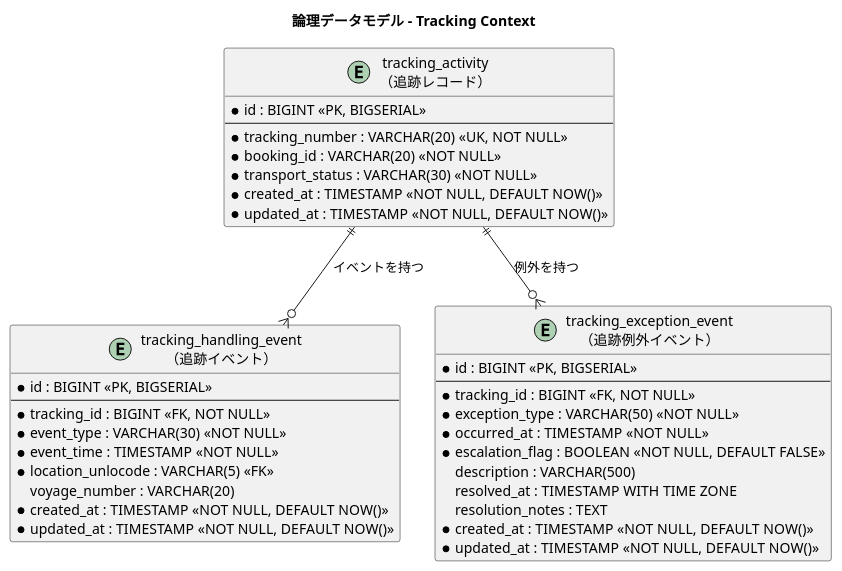
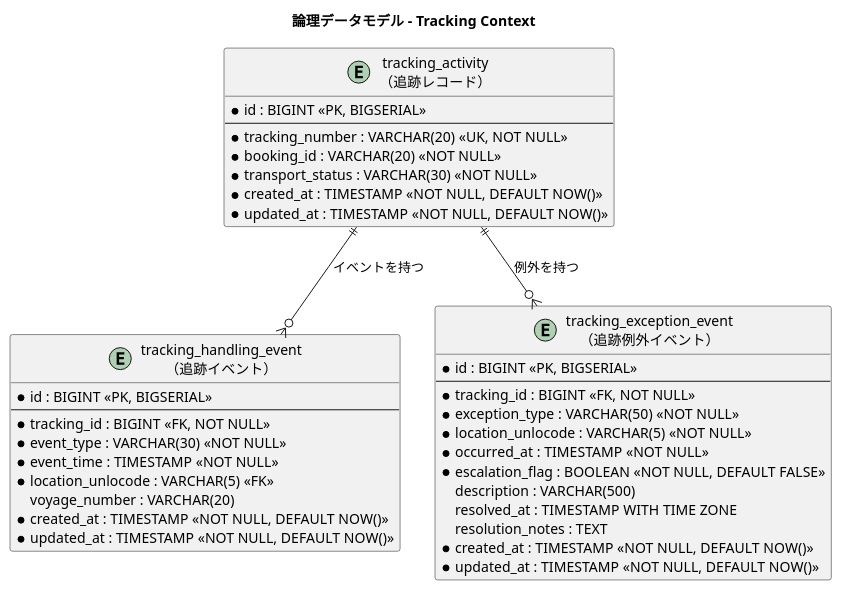
One commit to k2works/case-study-cargo-tracker changed the fifth of 9 diagrams in docs/design/data-model.md. Above: the diagram before and after it, drawn with PlantUML. The commit also changed other lines of this file and 6 other files, not shown here.

````diff
--- a/docs/design/data-model.md
+++ b/docs/design/data-model.md
@@ -445,45 +446,46 @@
 ```plantuml
 @startuml
 title 論理データモデル - Tracking Context
 
 entity "tracking_activity\n（追跡レコード）" as tracking_activity {
   * id : BIGINT <<PK, BIGSERIAL>>
   --
   * tracking_number : VARCHAR(20) <<UK, NOT NULL>>
   * booking_id : VARCHAR(20) <<NOT NULL>>
   * transport_status : VARCHAR(30) <<NOT NULL>>
   * created_at : TIMESTAMP <<NOT NULL, DEFAULT NOW()>>
   * updated_at : TIMESTAMP <<NOT NULL, DEFAULT NOW()>>
 }
 
 entity "tracking_handling_event\n（追跡イベント）" as tracking_handling_event {
   * id : BIGINT <<PK, BIGSERIAL>>
   --
   * tracking_id : BIGINT <<FK, NOT NULL>>
   * event_type : VARCHAR(30) <<NOT NULL>>
   * event_time : TIMESTAMP <<NOT NULL>>
   * location_unlocode : VARCHAR(5) <<FK>>
   voyage_number : VARCHAR(20)
   * created_at : TIMESTAMP <<NOT NULL, DEFAULT NOW()>>
   * updated_at : TIMESTAMP <<NOT NULL, DEFAULT NOW()>>
 }
 
 entity "tracking_exception_event\n（追跡例外イベント）" as tracking_exception_event {
   * id : BIGINT <<PK, BIGSERIAL>>
   --
   * tracking_id : BIGINT <<FK, NOT NULL>>
   * exception_type : VARCHAR(50) <<NOT NULL>>
+  * location_unlocode : VARCHAR(5) <<NOT NULL>>
   * occurred_at : TIMESTAMP <<NOT NULL>>
   * escalation_flag : BOOLEAN <<NOT NULL, DEFAULT FALSE>>
   description : VARCHAR(500)
   resolved_at : TIMESTAMP WITH TIME ZONE
   resolution_notes : TEXT
   * created_at : TIMESTAMP <<NOT NULL, DEFAULT NOW()>>
   * updated_at : TIMESTAMP <<NOT NULL, DEFAULT NOW()>>
 }
 
 tracking_activity ||--o{ tracking_handling_event : "イベントを持つ"
 tracking_activity ||--o{ tracking_exception_event : "例外を持つ"
 
 @enduml
 ```
````
